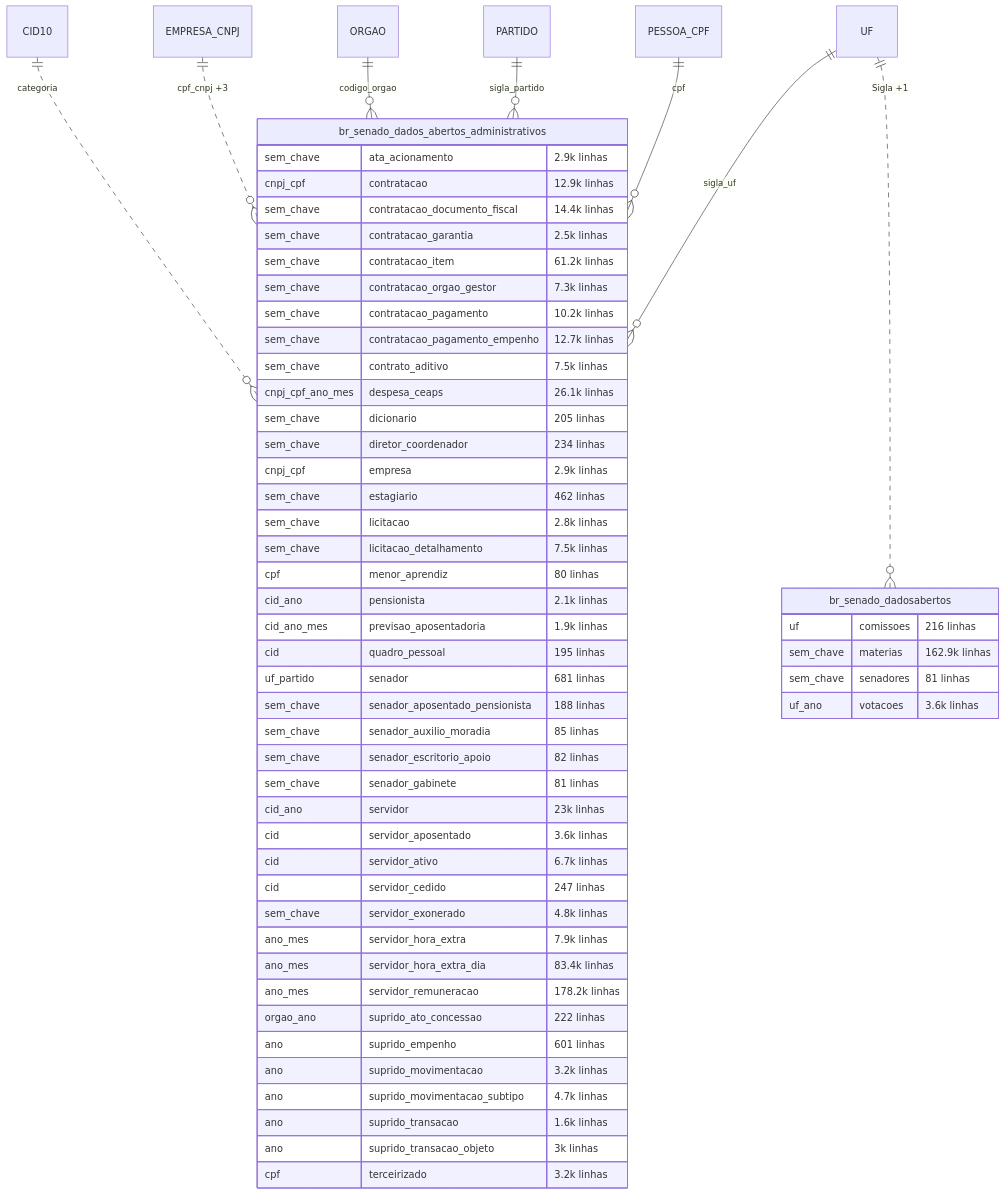
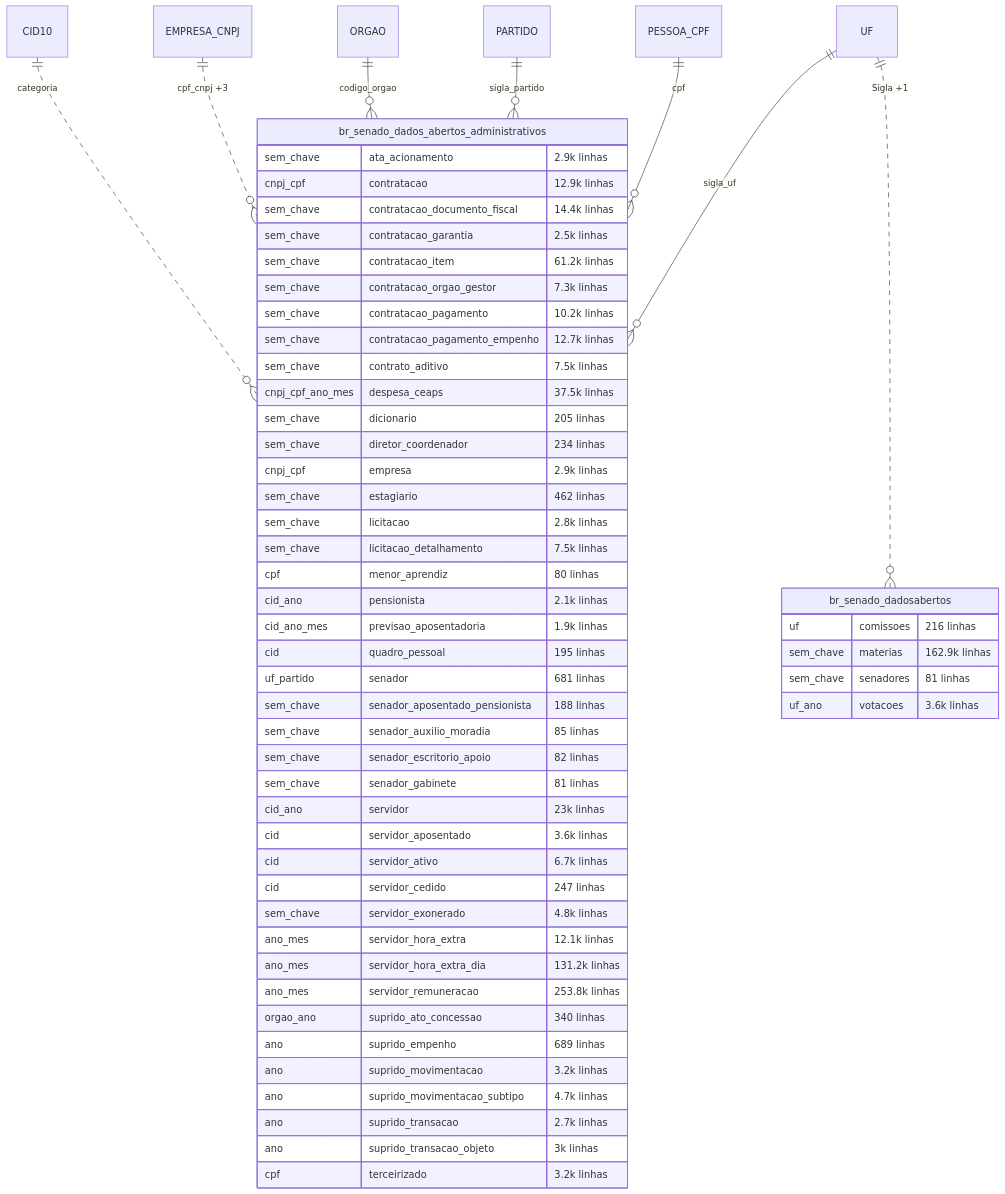
Before and after one commit to rafapolo/rodado: diagram 18 of 30 in docs/mapa/ERD.md, drawn with Mermaid. The commit also changed other lines of this file and 7 other files, not shown here.

````diff
--- a/docs/mapa/ERD.md
+++ b/docs/mapa/ERD.md
@@ -1532,58 +1677,58 @@
 ```mermaid
 erDiagram
     CID10 ||..o{ br_senado_dados_abertos_administrativos : "categoria"
     EMPRESA_CNPJ ||..o{ br_senado_dados_abertos_administrativos : "cpf_cnpj +3"
     ORGAO ||--o{ br_senado_dados_abertos_administrativos : "codigo_orgao"
     PARTIDO ||--o{ br_senado_dados_abertos_administrativos : "sigla_partido"
     PESSOA_CPF ||--o{ br_senado_dados_abertos_administrativos : "cpf"
     UF ||--o{ br_senado_dados_abertos_administrativos : "sigla_uf"
     UF ||..o{ br_senado_dadosabertos : "Sigla +1"
     br_senado_dados_abertos_administrativos {
         sem_chave ata_acionamento "2.9k linhas"
         cnpj_cpf contratacao "12.9k linhas"
         sem_chave contratacao_documento_fiscal "14.4k linhas"
         sem_chave contratacao_garantia "2.5k linhas"
         sem_chave contratacao_item "61.2k linhas"
         sem_chave contratacao_orgao_gestor "7.3k linhas"
         sem_chave contratacao_pagamento "10.2k linhas"
         sem_chave contratacao_pagamento_empenho "12.7k linhas"
         sem_chave contrato_aditivo "7.5k linhas"
-        cnpj_cpf_ano_mes despesa_ceaps "26.1k linhas"
+        cnpj_cpf_ano_mes despesa_ceaps "37.5k linhas"
         sem_chave dicionario "205 linhas"
         sem_chave diretor_coordenador "234 linhas"
         cnpj_cpf empresa "2.9k linhas"
         sem_chave estagiario "462 linhas"
         sem_chave licitacao "2.8k linhas"
         sem_chave licitacao_detalhamento "7.5k linhas"
         cpf menor_aprendiz "80 linhas"
         cid_ano pensionista "2.1k linhas"
         cid_ano_mes previsao_aposentadoria "1.9k linhas"
         cid quadro_pessoal "195 linhas"
         uf_partido senador "681 linhas"
         sem_chave senador_aposentado_pensionista "188 linhas"
         sem_chave senador_auxilio_moradia "85 linhas"
         sem_chave senador_escritorio_apoio "82 linhas"
         sem_chave senador_gabinete "81 linhas"
         cid_ano servidor "23k linhas"
         cid servidor_aposentado "3.6k linhas"
         cid servidor_ativo "6.7k linhas"
         cid servidor_cedido "247 linhas"
         sem_chave servidor_exonerado "4.8k linhas"
-        ano_mes servidor_hora_extra "7.9k linhas"
-        ano_mes servidor_hora_extra_dia "83.4k linhas"
-        ano_mes servidor_remuneracao "178.2k linhas"
-        orgao_ano suprido_ato_concessao "222 linhas"
-        ano suprido_empenho "601 linhas"
+        ano_mes servidor_hora_extra "12.1k linhas"
+        ano_mes servidor_hora_extra_dia "131.2k linhas"
+        ano_mes servidor_remuneracao "253.8k linhas"
+        orgao_ano suprido_ato_concessao "340 linhas"
+        ano suprido_empenho "689 linhas"
         ano suprido_movimentacao "3.2k linhas"
         ano suprido_movimentacao_subtipo "4.7k linhas"
-        ano suprido_transacao "1.6k linhas"
+        ano suprido_transacao "2.7k linhas"
         ano suprido_transacao_objeto "3k linhas"
         cpf terceirizado "3.2k linhas"
     }
     br_senado_dadosabertos {
         uf comissoes "216 linhas"
         sem_chave materias "162.9k linhas"
         sem_chave senadores "81 linhas"
         uf_ano votacoes "3.6k linhas"
     }
 ```
````
